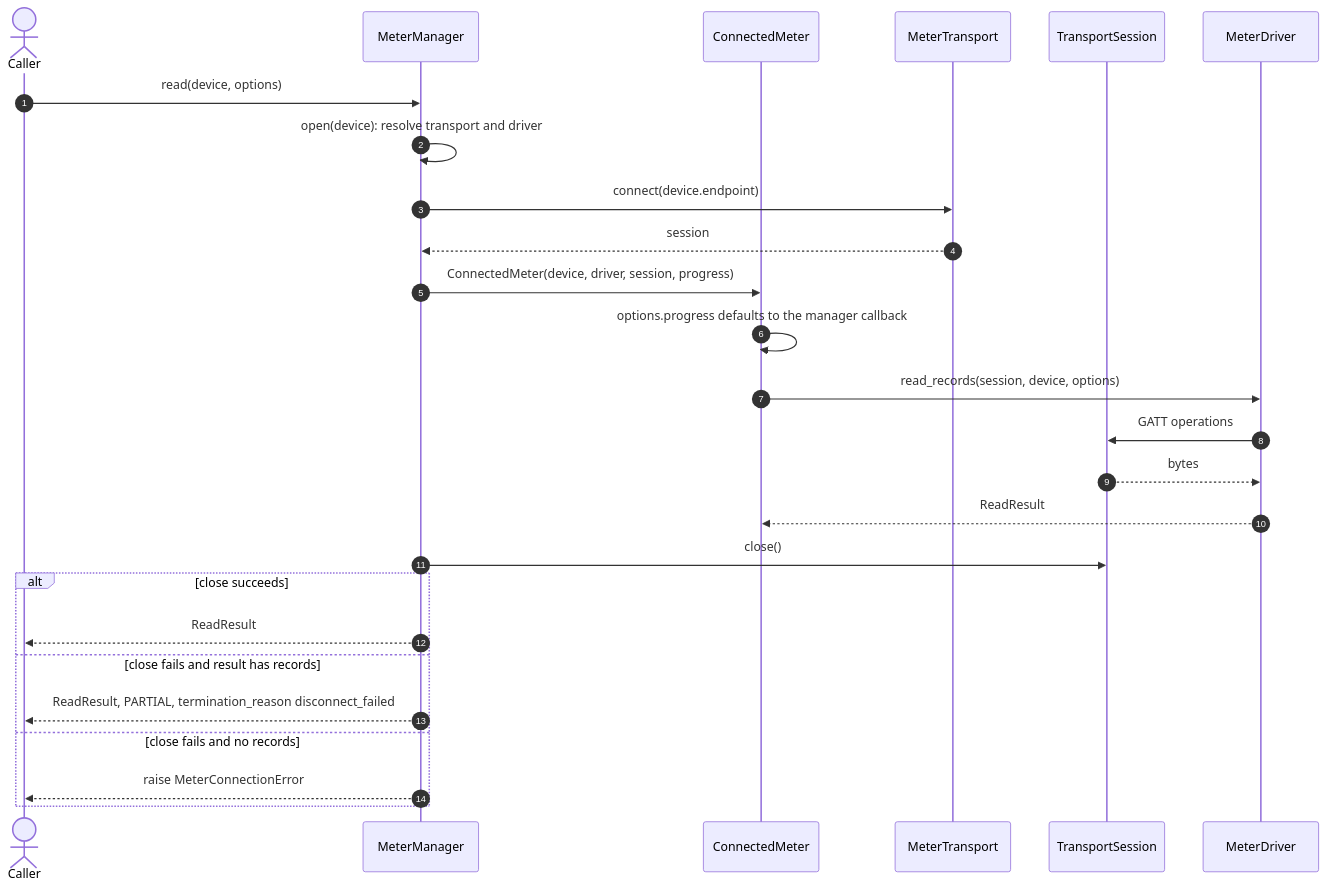
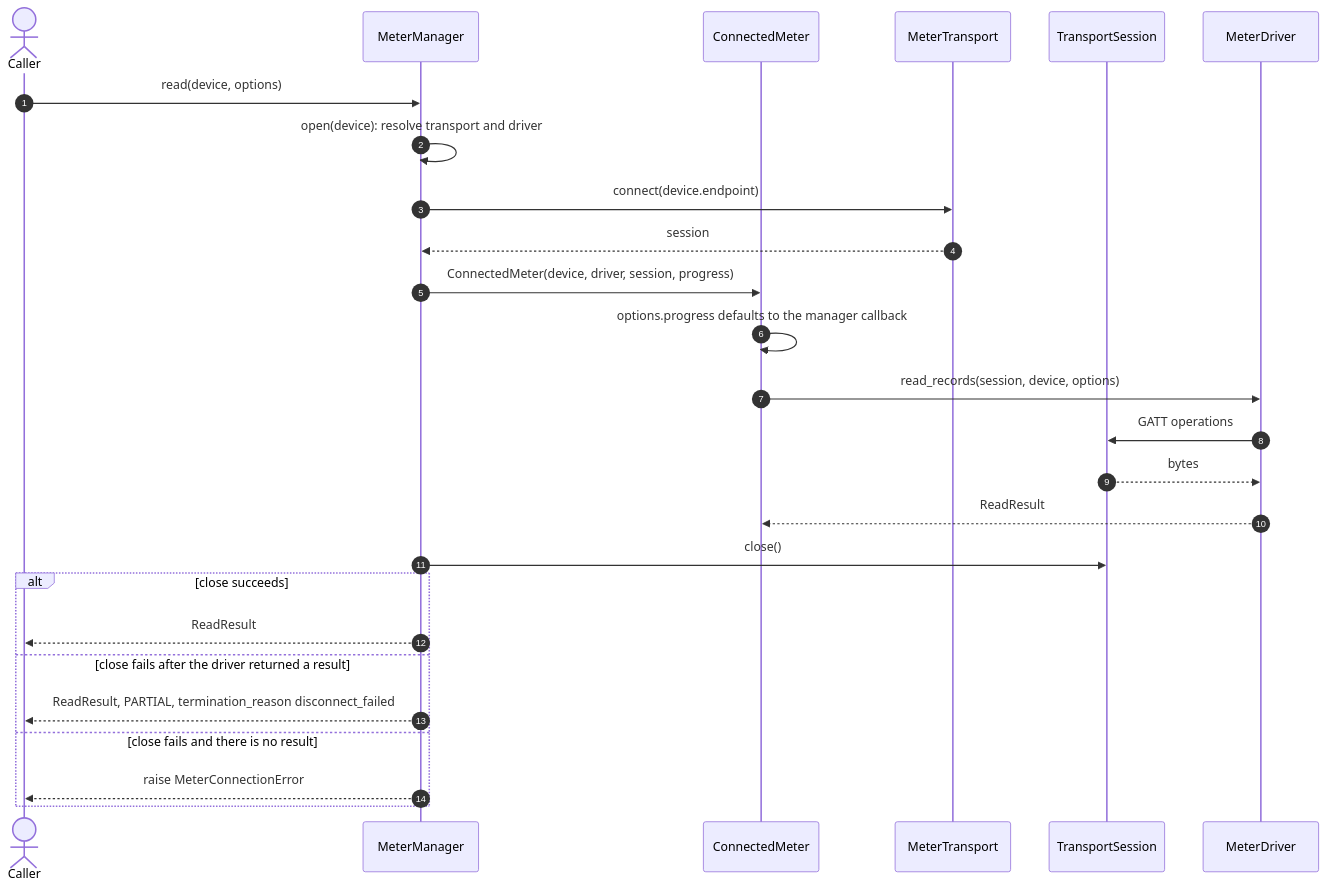
Before and after one commit to kiforsbe/bgmeter: the fourth of 14 diagrams in ARCHITECTURE.md, drawn with Mermaid. The commit also changed other lines of this file and 6 other files, not shown here.

````diff
--- a/ARCHITECTURE.md
+++ b/ARCHITECTURE.md
@@ -395,29 +395,29 @@
 ```mermaid
 sequenceDiagram
     autonumber
     actor Caller
     participant M as MeterManager
     participant C as ConnectedMeter
     participant T as MeterTransport
     participant S as TransportSession
     participant D as MeterDriver
 
     Caller->>M: read(device, options)
     M->>M: open(device): resolve transport and driver
     M->>T: connect(device.endpoint)
     T-->>M: session
     M->>C: ConnectedMeter(device, driver, session, progress)
     C->>C: options.progress defaults to the manager callback
     C->>D: read_records(session, device, options)
     D->>S: GATT operations
     S-->>D: bytes
     D-->>C: ReadResult
     M->>S: close()
     alt close succeeds
         M-->>Caller: ReadResult
-    else close fails and result has records
+    else close fails after the driver returned a result
         M-->>Caller: ReadResult, PARTIAL, termination_reason disconnect_failed
-    else close fails and no records
+    else close fails and there is no result
         M-->>Caller: raise MeterConnectionError
     end
 ```
````
